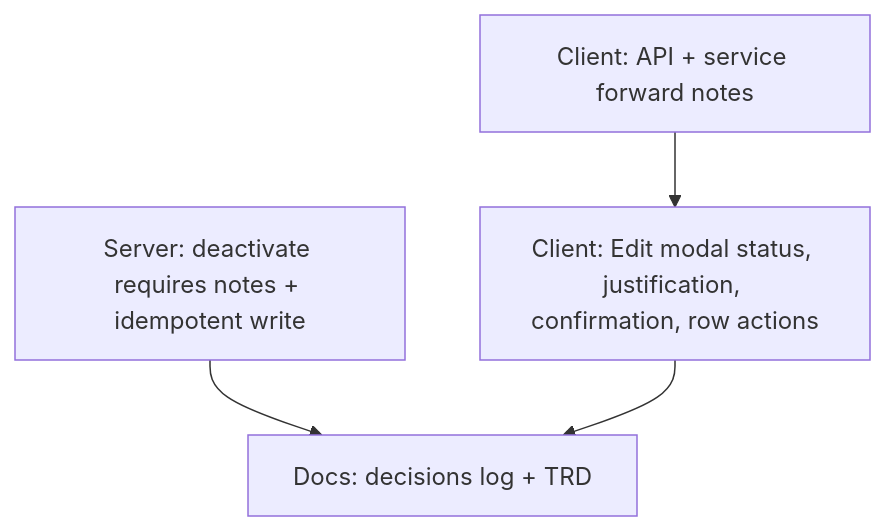
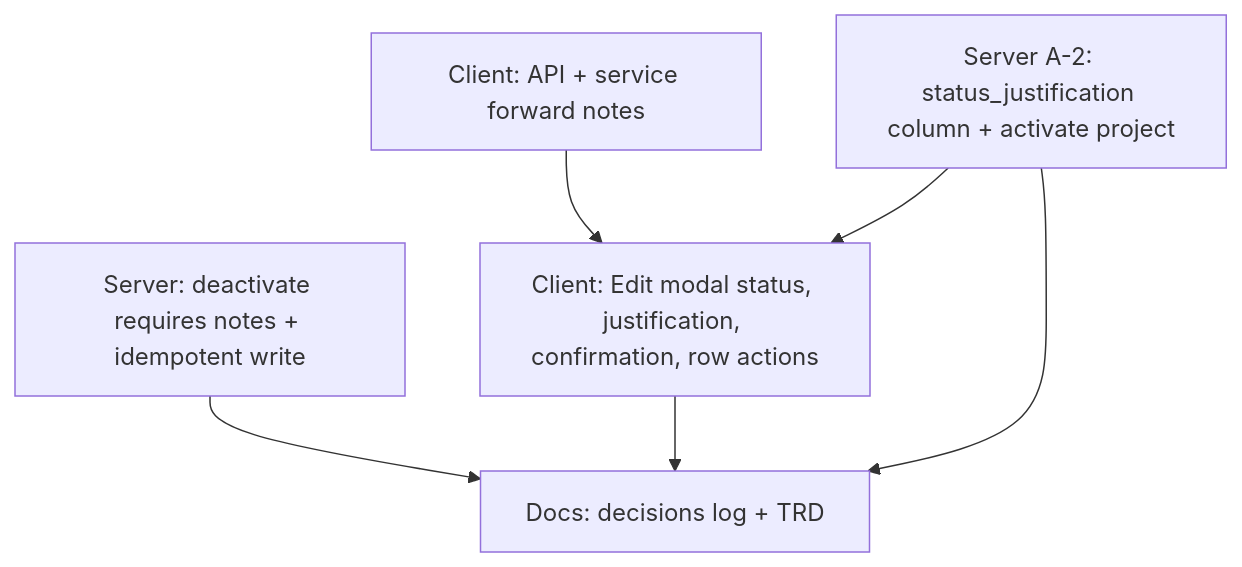
One commit to AllianceBioversityCIAT/alliance-research-indicators-main changed the diagram in docs/specs/bilateral/mapping-status-in-edit-modal/tasks.md. Above: the diagram before and after it, drawn with Mermaid. The commit also changed other lines of this file and 3 other files, not shown here.

Commit message:
[SPEC:bilateral/mapping-status-in-edit-modal] docs(bilateral): amendment A-2 — justification in its own column, CLARISA editable on activation

````diff
--- a/docs/specs/bilateral/mapping-status-in-edit-modal/tasks.md
+++ b/docs/specs/bilateral/mapping-status-in-edit-modal/tasks.md
@@ -19,10 +19,13 @@
 ```mermaid
 graph TD
   T-01[Server: deactivate requires notes + idempotent write]
   T-02[Client: API + service forward notes]
   T-03[Client: Edit modal status, justification, confirmation, row actions]
   T-04[Docs: decisions log + TRD]
+  T-05[Server A-2: status_justification column + activate project]
   T-02 --> T-03
+  T-05 --> T-03
+  T-05 --> T-04
   T-01 --> T-04
   T-03 --> T-04
 ```
````
